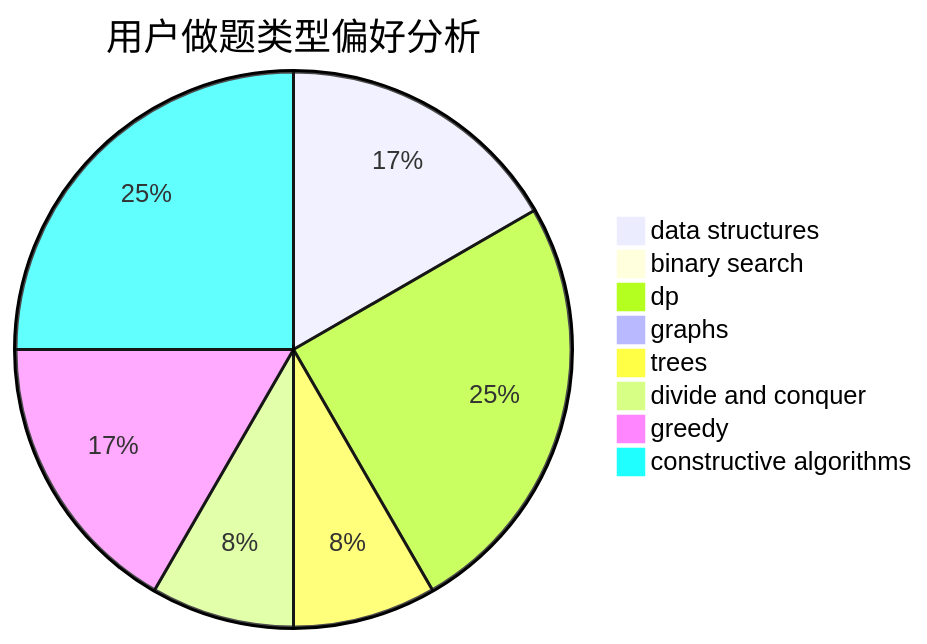
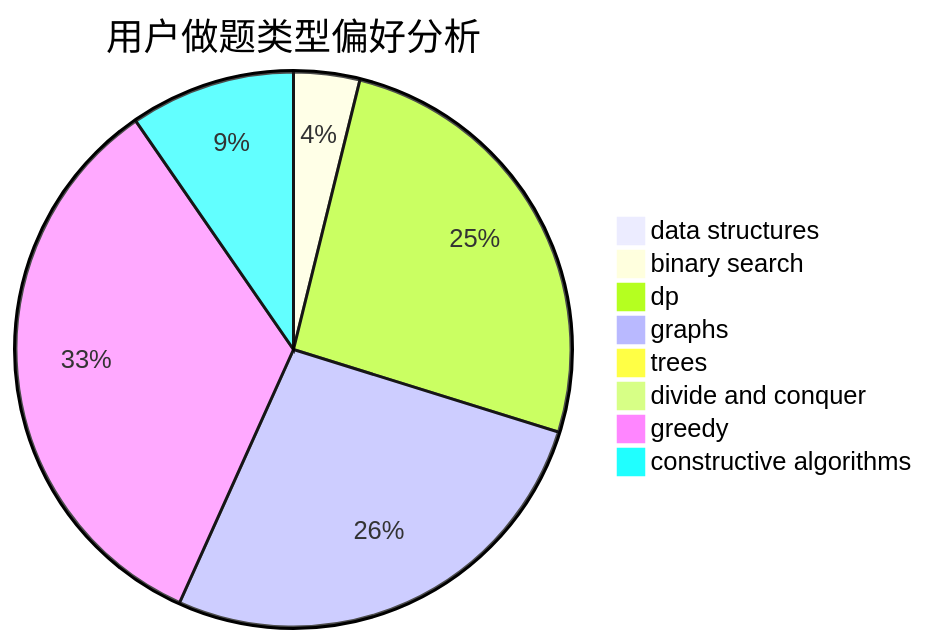
Before and after one commit to sherpahu/cfrs.github.io: the second of 3 diagrams in docs/user/u2037.md, drawn with Mermaid. The commit also changed other lines of this file and 2770 other files, not shown here.

````diff
--- a/docs/user/u2037.md
+++ b/docs/user/u2037.md
@@ -23,11 +23,11 @@
 ```mermaid
 pie title 用户做题类型偏好分析
-    "data structures" :  18
-    "binary search" :  0
+    "data structures" :  1
+    "binary search" :  4
     "dp" :  27
-    "graphs" :  0
-    "trees" :  9
-    "divide and conquer" :  9
-    "greedy" :  18
-    "constructive algorithms" :  27
+    "graphs" :  28
+    "trees" :  0
+    "divide and conquer" :  1
+    "greedy" :  35
+    "constructive algorithms" :  10
 ```
````
